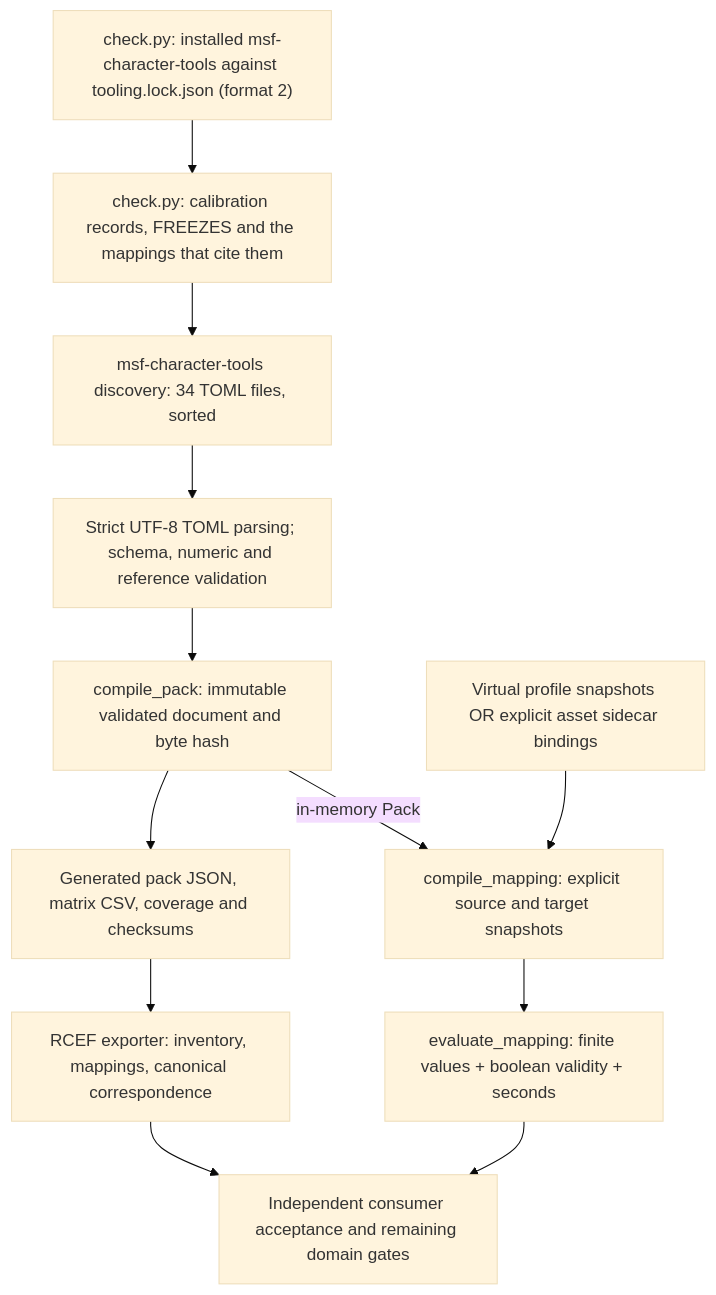
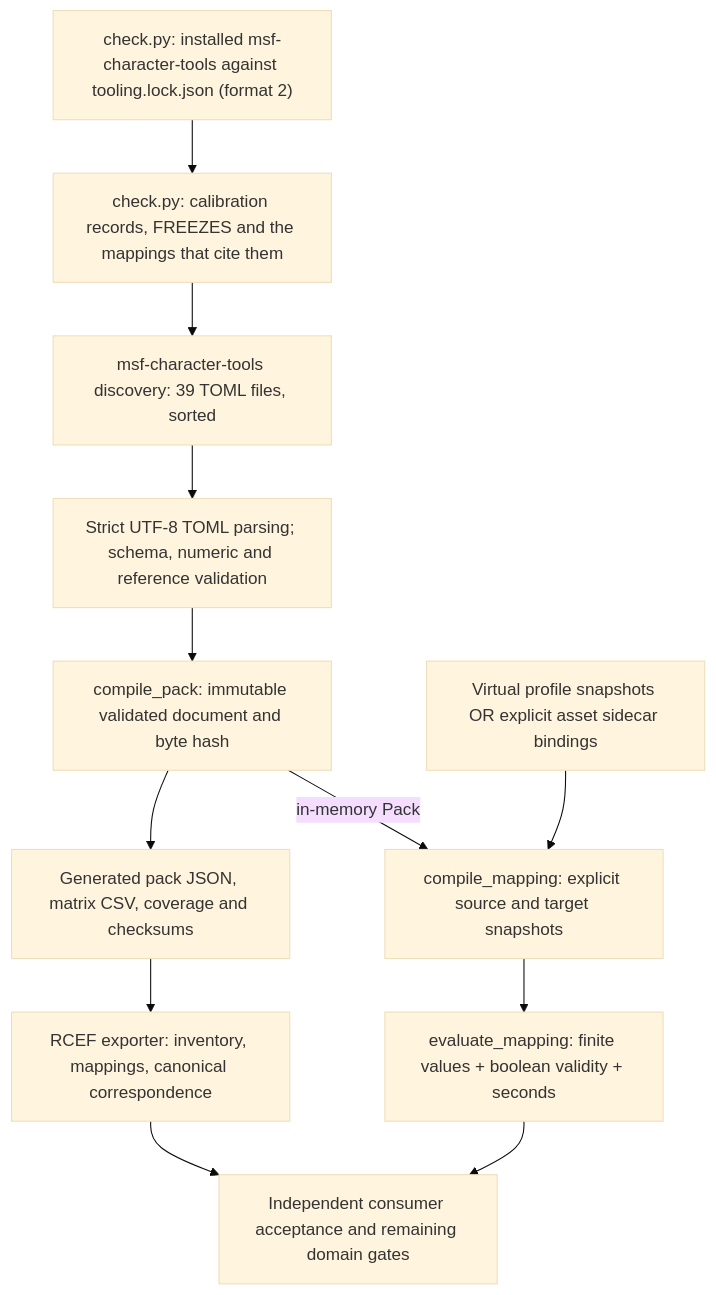
One commit to MetaverseStandards/RCEF changed the first of 2 diagrams in docs/architecture.md. Above: the diagram before and after it, drawn with Mermaid (base theme). The commit also changed other lines of this file and 3 other files, not shown here.

Commit message:
Docs: the canonical expression set in the architecture guide, the expression-set page, the draft's status line and the third-party notices

````diff
--- a/docs/architecture.md
+++ b/docs/architecture.md
@@ -29,14 +30,14 @@
 ```mermaid
 flowchart TD
     L["check.py: installed msf-character-tools against tooling.lock.json (format 2)"] --> K["check.py: calibration records, FREEZES and the mappings that cite them"]
-    K --> B["msf-character-tools discovery: 34 TOML files, sorted"]
+    K --> B["msf-character-tools discovery: 39 TOML files, sorted"]
     B --> C["Strict UTF-8 TOML parsing; schema, numeric and reference validation"]
     C --> D["compile_pack: immutable validated document and byte hash"]
     D --> E["Generated pack JSON, matrix CSV, coverage and checksums"]
     D -->|in-memory Pack| F["compile_mapping: explicit source and target snapshots"]
     P["Virtual profile snapshots OR explicit asset sidecar bindings"] --> F
     F --> G["evaluate_mapping: finite values + boolean validity + seconds"]
     E --> H["RCEF exporter: inventory, mappings, canonical correspondence"]
     G --> I["Independent consumer acceptance and remaining domain gates"]
     H --> I
 ```
````
